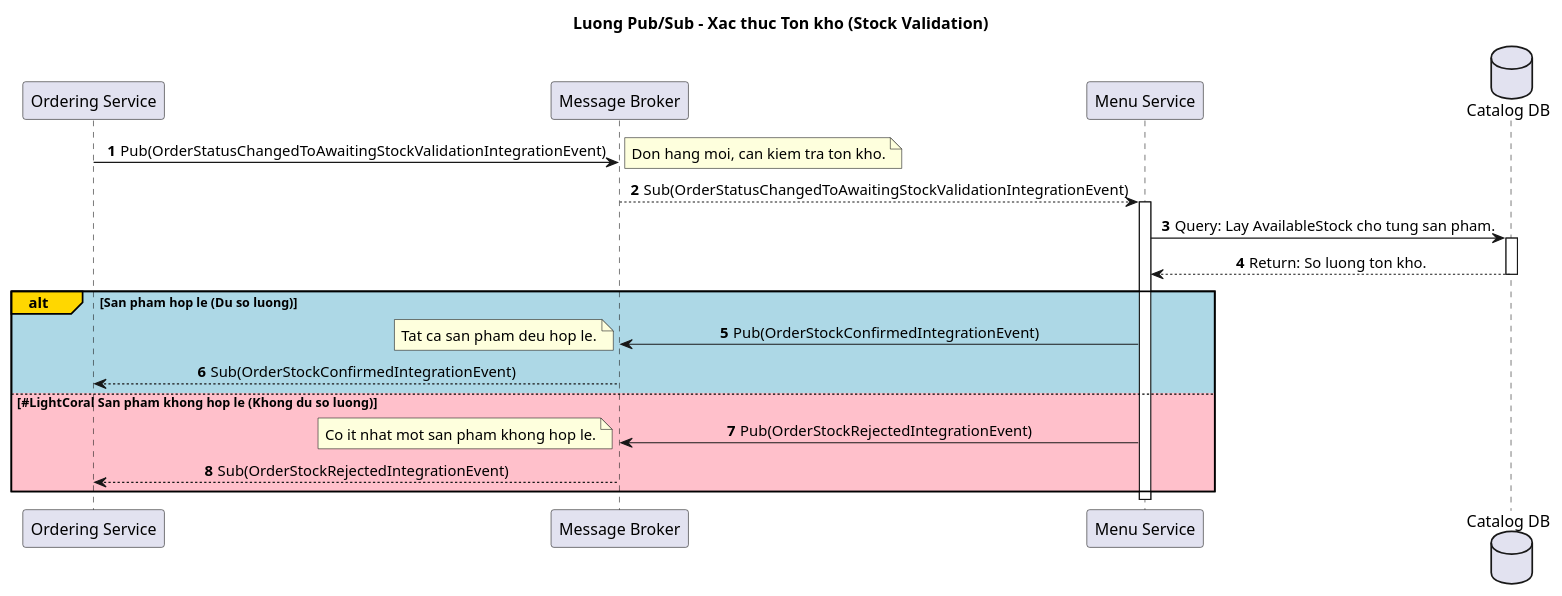
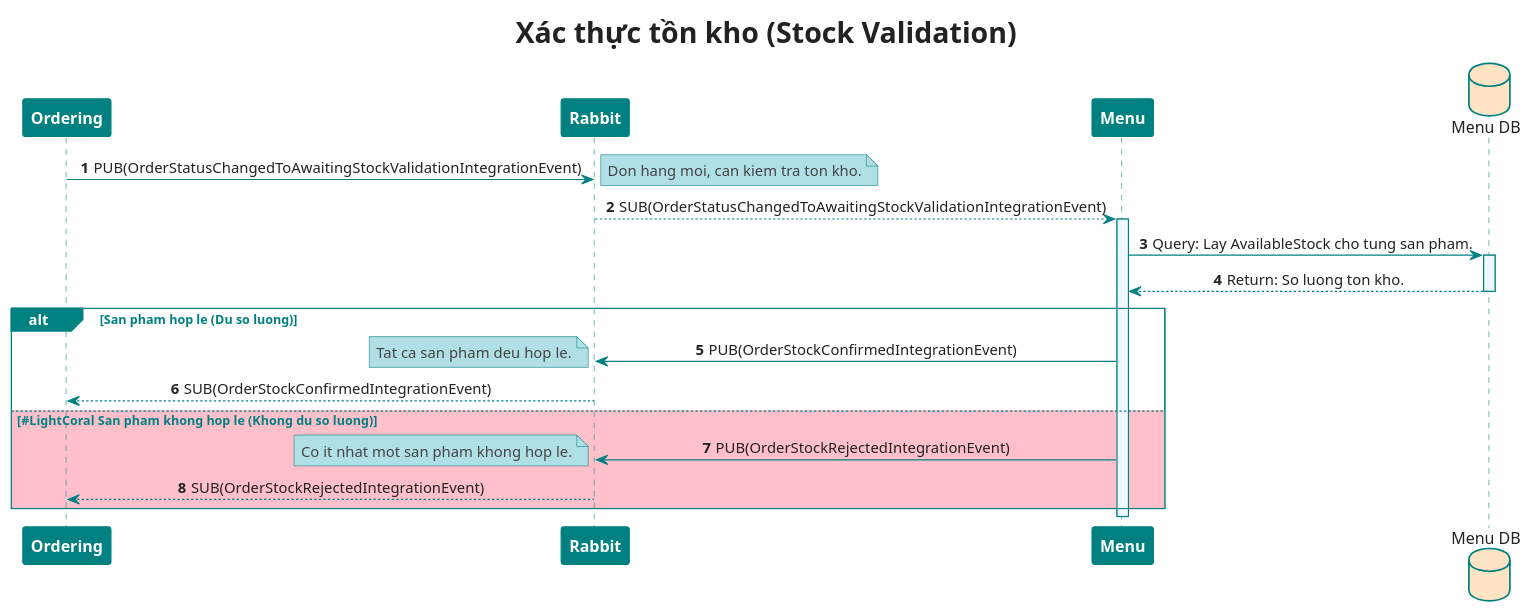
One commit to MinhTrinh04/Beef-Restaurant changed the diagram in Backend/SEQ/Menu/menu1.puml. Above: the diagram before and after it, drawn with PlantUML. The commit also changed 9 other files, not shown here.

Commit message:
Refactor + fix seq diagram

```diff
--- a/Backend/SEQ/Menu/menu1.puml
+++ b/Backend/SEQ/Menu/menu1.puml
@@ -1,44 +1,77 @@
 @startuml
-title Luong Pub/Sub - Xac thuc Ton kho (Stock Validation)
+'https://plantuml.com/sequence-diagram
+skinparam shadowing false
+skinparam responseMessageBelowArrow false
+skinparam DefaultFontColor #222
+skinparam TitleFontSize 25
+skinparam NoteBorderColor #teal
+skinparam NoteBackgroundColor #powderblue
+skinparam NoteFontColor 444
+skinparam DatabaseBorderColor #teal
+skinparam DatabaseBackgroundColor #bisque
+skinparam sequence {
+ParticipantBorderThickness 1
+ParticipantBorderColor #teal
+ParticipantBackgroundColor #teal
+ParticipantFontColor #white
+ParticipantFontSize 14
+ParticipantFontStyle bold
+LifeLineBorderColor #teal
+LifeLineBackgroundColor #aliceblue
+ArrowColor #teal
+ActorBorderColor #teal
+GroupBorderThickness 1
+GroupBorderColor #teal
+GroupHeaderFontColor #white
+GroupBackgroundColor #teal
+GroupFontColor #teal
+ReferenceBorderThickness 1
+ReferenceBorderColor #teal
+ReferenceBackgroundColor #aliceblue
+ReferenceHeaderBackgroundColor #white
+ReferenceFontColor #teal
+}
+autonumber
+title Xác thực tồn kho (Stock Validation)
 
-participant "Ordering Service" as Ordering
-participant "Message Broker" as Broker
-participant "Menu Service" as Catalog
-database "Catalog DB" as DB
+participant "Ordering" as Ordering
+participant "Rabbit" as MQ
+participant "Menu" as Menu
+database "Menu DB" as DB
 
 skinparam sequenceMessageAlign center
 skinparam participant {
     BackgroundColor LightBlue
     BorderColor Blue
 }
 skinparam database {
     BackgroundColor LightGreen
     BorderColor Green
 }
 
 autonumber
 
-Ordering -> Broker: Pub(OrderStatusChangedToAwaitingStockValidationIntegrationEvent)
+Ordering -> MQ: PUB(OrderStatusChangedToAwaitingStockValidationIntegrationEvent)
 note right: Don hang moi, can kiem tra ton kho.
 
-Broker --> Catalog: Sub(OrderStatusChangedToAwaitingStockValidationIntegrationEvent)
-activate Catalog
+MQ --> Menu: SUB(OrderStatusChangedToAwaitingStockValidationIntegrationEvent)
+activate Menu
 
-Catalog -> DB: Query: Lay AvailableStock cho tung san pham.
+Menu -> DB: Query: Lay AvailableStock cho tung san pham.
 activate DB
-DB --> Catalog: Return: So luong ton kho.
+DB --> Menu: Return: So luong ton kho.
 deactivate DB
 
-alt#Gold #LightBlue San pham hop le (Du so luong)
-    Catalog -> Broker: Pub(OrderStockConfirmedIntegrationEvent)
+alt San pham hop le (Du so luong)
+    Menu -> MQ: PUB(OrderStockConfirmedIntegrationEvent)
     note left: Tat ca san pham deu hop le.
-    Broker --> Ordering: Sub(OrderStockConfirmedIntegrationEvent)
+    MQ --> Ordering: SUB(OrderStockConfirmedIntegrationEvent)
 else #Pink #LightCoral San pham khong hop le (Khong du so luong)
-    Catalog -> Broker: Pub(OrderStockRejectedIntegrationEvent)
+    Menu -> MQ: PUB(OrderStockRejectedIntegrationEvent)
     note left: Co it nhat mot san pham khong hop le.
-    Broker --> Ordering: Sub(OrderStockRejectedIntegrationEvent)
+    MQ --> Ordering: SUB(OrderStockRejectedIntegrationEvent)
 end
 
-deactivate Catalog
+deactivate Menu
 
 @enduml
```
